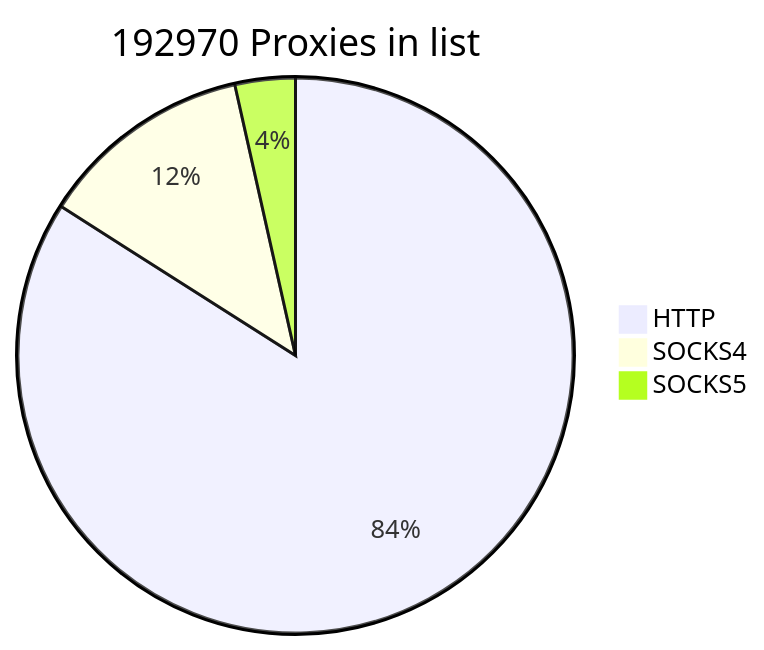
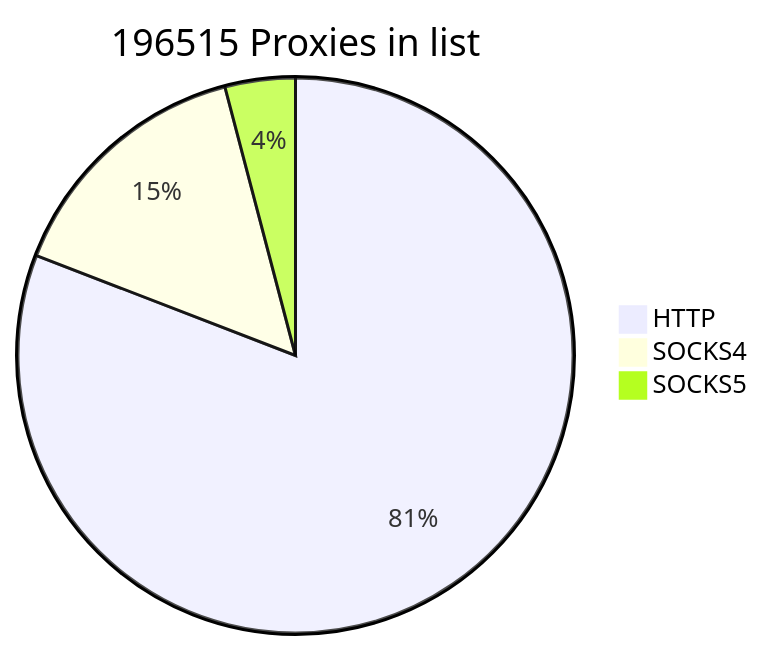
One commit to cutipu/proxylist changed the first of 2 diagrams in README.md. Above: the diagram before and after it, drawn with Mermaid. The commit also changed other lines of this file, not shown here.

````diff
--- a/README.md
+++ b/README.md
@@ -2,7 +2,7 @@
 ```mermaid
-pie title 192970 Proxies in list
-    "HTTP" : 162122
-    "SOCKS4" : 24077
-    "SOCKS5" : 6771
+pie title 196515 Proxies in list
+    "HTTP" : 158907
+    "SOCKS4" : 29570
+    "SOCKS5" : 8038
             
 ```
````
